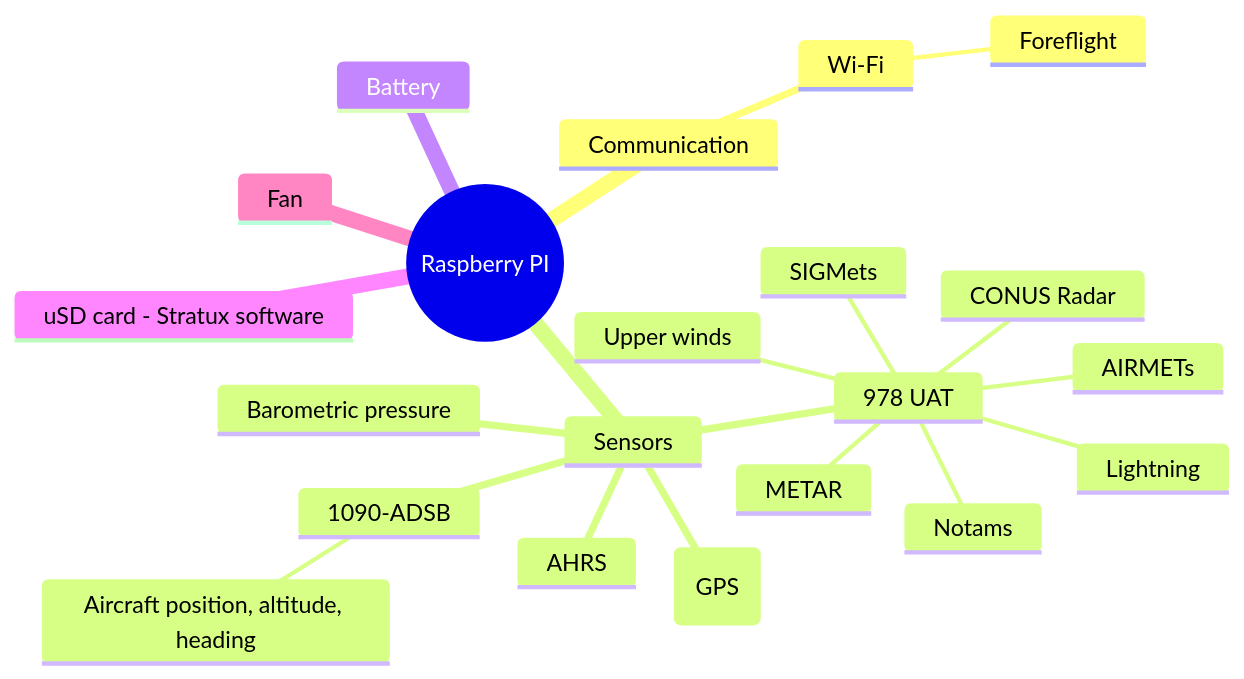
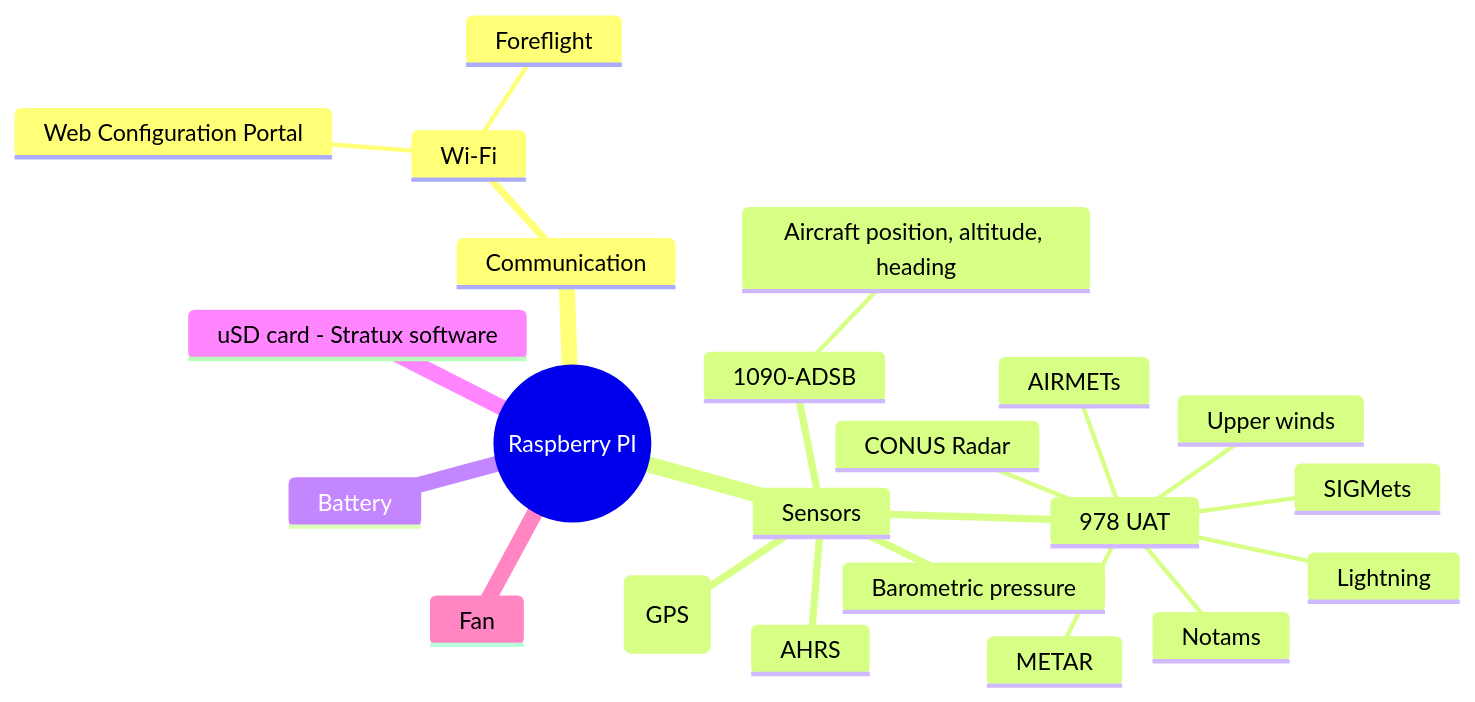
The diagram in README.md (xiaprojects/roastbeef), drawn with Mermaid before and after one commit. The commit also changed other lines of this file, not shown here.

Commit message:
README.md - Features should include the 'Web configuration portal'

````diff
--- a/README.md
+++ b/README.md
@@ -6,25 +6,26 @@
 ```mermaid
 mindmap
   root((Raspberry PI))
     Communication
         Wi-Fi
             Foreflight
             ::icon(fa fa-tablet)
+            Web Configuration Portal
     Sensors
         GNSS (GPS)
         1090-ADSB
             Aircraft position, altitude, heading
         978 UAT
             METAR
             Notams
             CONUS Radar
             Lightning
             Upper winds
             AIRMETs
             SIGMets
         AHRS
         Barometric pressure
     Battery
     uSD card - Stratux software
     Fan
 ```
````
